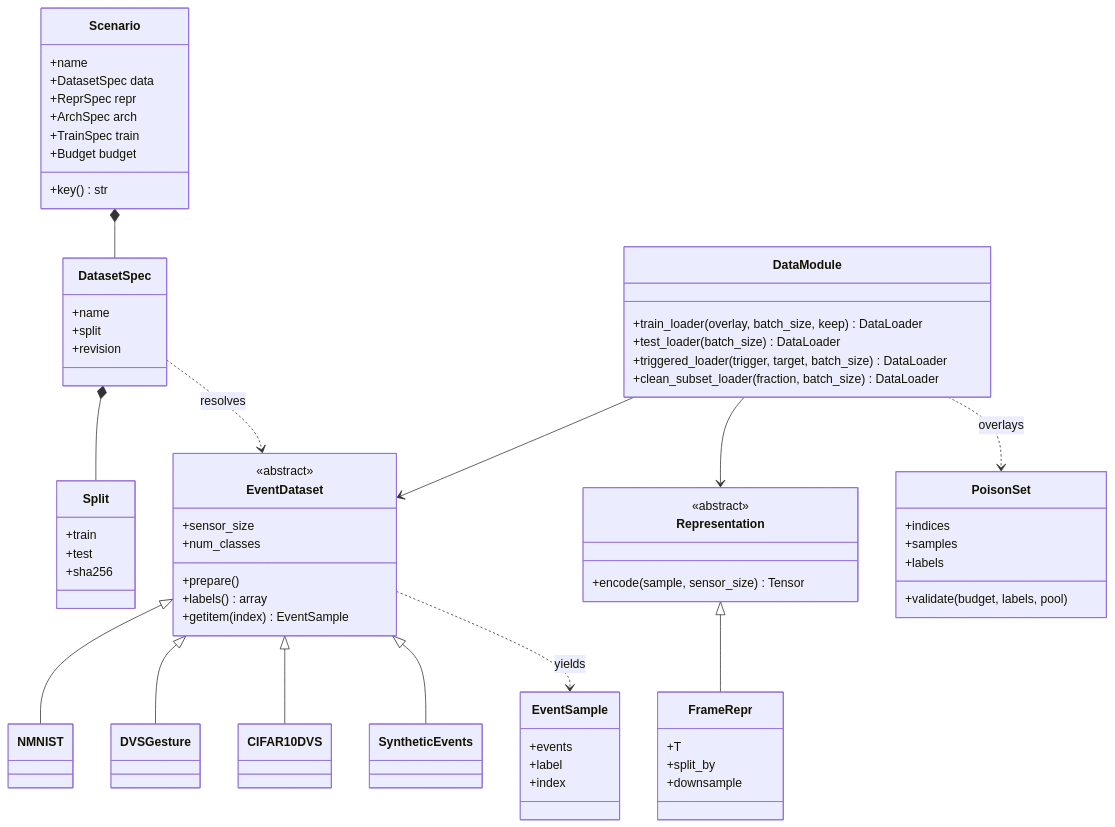
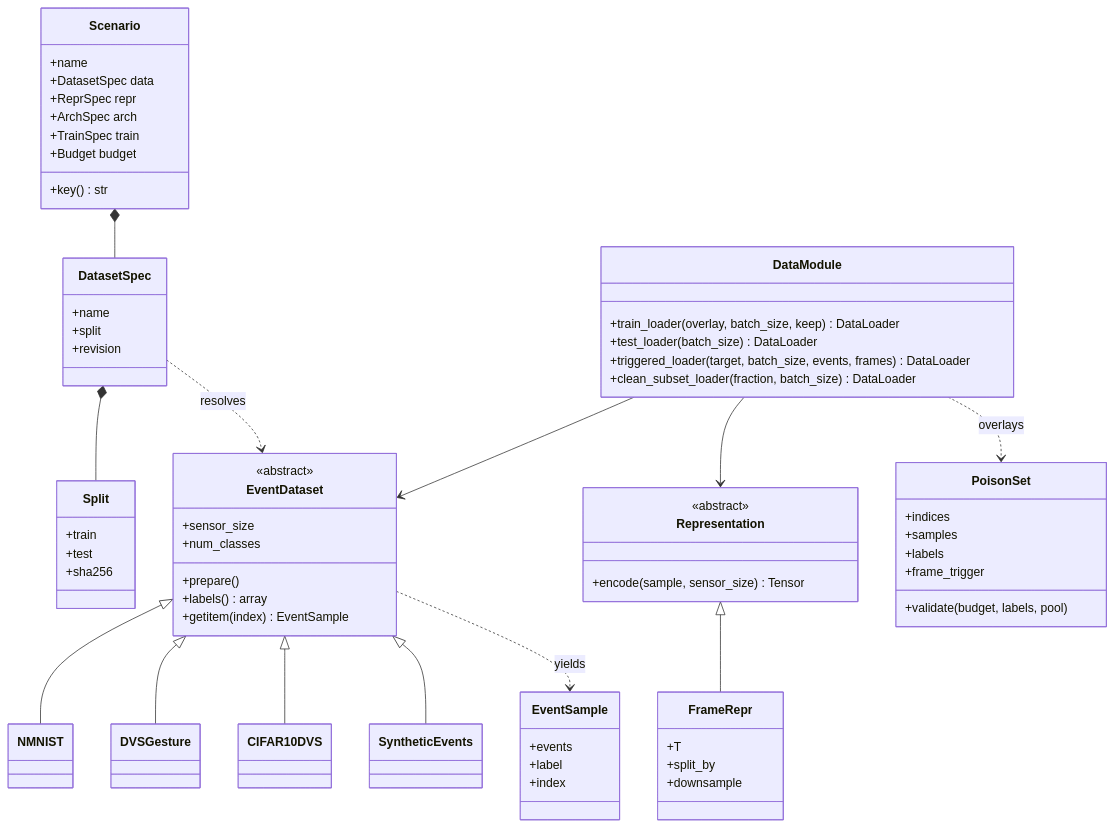
One commit to GorkaAbad/SNN-Backdoor-Benchmark changed the second of 7 diagrams in docs/PLAN.md. Above: the diagram before and after it, drawn with Mermaid. The commit also changed other lines of this file and 14 other files, not shown here.

````diff
--- a/docs/PLAN.md
+++ b/docs/PLAN.md
@@ -276,73 +281,74 @@
 ```mermaid
 classDiagram
 direction TB
 class Scenario {
   +name
   +DatasetSpec data
   +ReprSpec repr
   +ArchSpec arch
   +TrainSpec train
   +Budget budget
   +key() str
 }
 class DatasetSpec {
   +name
   +split
   +revision
 }
 class Split {
   +train
   +test
   +sha256
 }
 class EventDataset {
   <<abstract>>
   +sensor_size
   +num_classes
   +prepare()
   +labels() array
   +getitem(index) EventSample
 }
 class NMNIST
 class DVSGesture
 class CIFAR10DVS
 class SyntheticEvents
 class EventSample {
   +events
   +label
   +index
 }
 class Representation {
   <<abstract>>
   +encode(sample, sensor_size) Tensor
 }
 class FrameRepr {
   +T
   +split_by
   +downsample
 }
 class DataModule {
   +train_loader(overlay, batch_size, keep) DataLoader
   +test_loader(batch_size) DataLoader
-  +triggered_loader(trigger, target, batch_size) DataLoader
+  +triggered_loader(target, batch_size, events, frames) DataLoader
   +clean_subset_loader(fraction, batch_size) DataLoader
 }
 class PoisonSet {
   +indices
   +samples
   +labels
+  +frame_trigger
   +validate(budget, labels, pool)
 }
 Scenario *-- DatasetSpec
 DatasetSpec *-- Split
 DatasetSpec ..> EventDataset : resolves
 EventDataset <|-- NMNIST
 EventDataset <|-- DVSGesture
 EventDataset <|-- CIFAR10DVS
 EventDataset <|-- SyntheticEvents
 EventDataset ..> EventSample : yields
 DataModule --> EventDataset
 DataModule --> Representation
 DataModule ..> PoisonSet : overlays
 Representation <|-- FrameRepr
 ```
````
